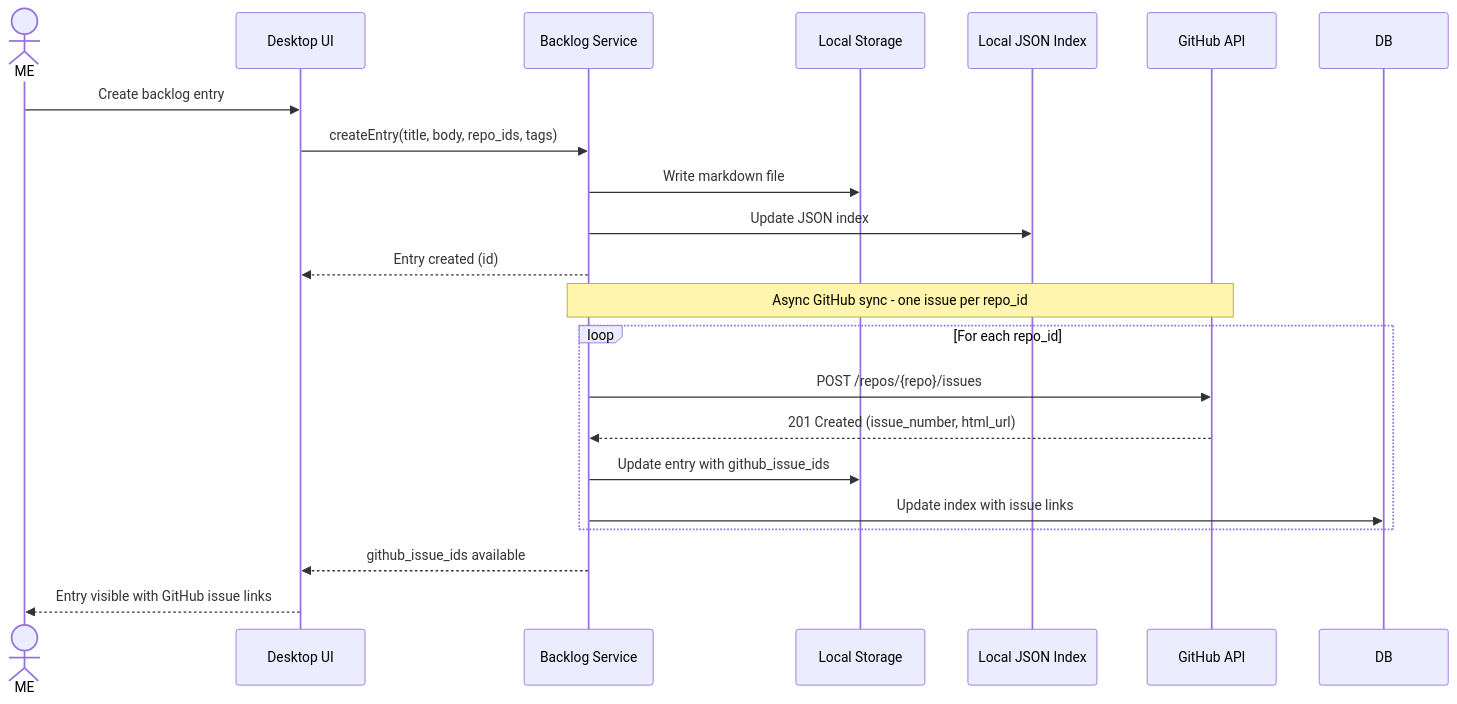
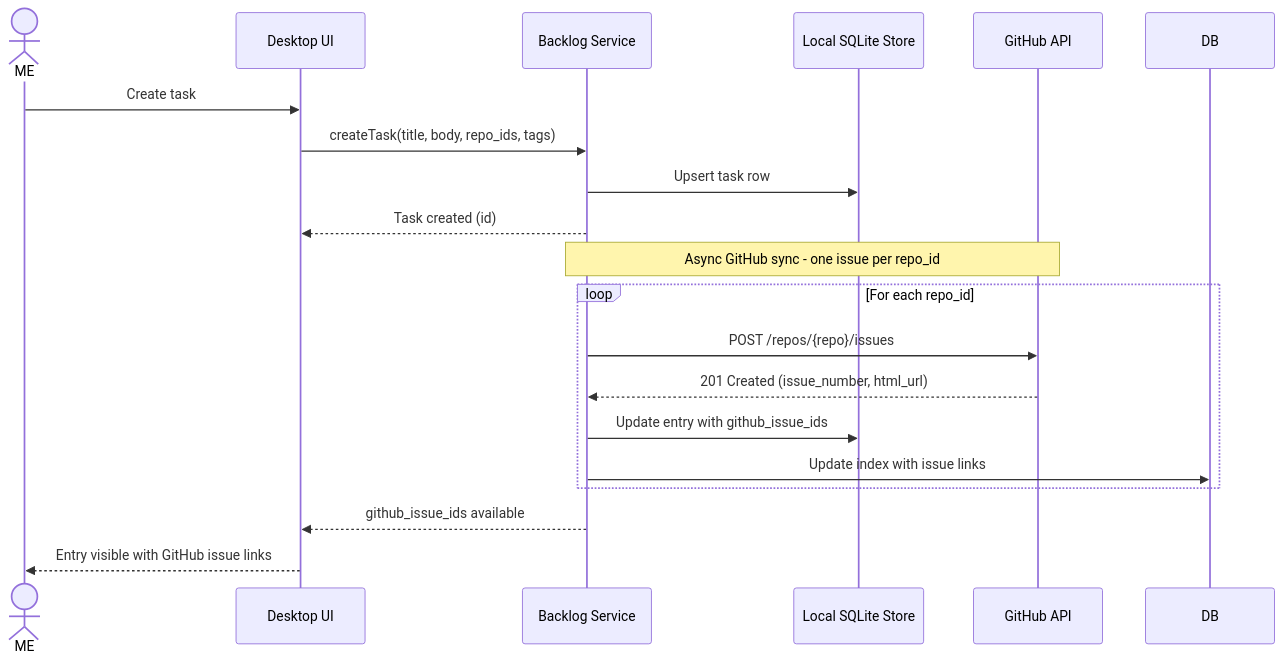
Before and after one commit to JSdotNet/Backlog: the first of 8 diagrams in .arc42/06-runtime-view.md, drawn with Mermaid. The commit also changed 14 other files, not shown here.

````diff
--- a/.arc42/06-runtime-view.md
+++ b/.arc42/06-runtime-view.md
@@ -21,26 +21,24 @@
 ```mermaid
 sequenceDiagram
     actor ME
     participant UI as Desktop UI
     participant Backlog as Backlog Service
-    participant Store as Local Storage
-    participant Index as Local JSON Index
+    participant Store as Local SQLite Store
     participant GitHub as GitHub API
 
-    ME->>UI: Create backlog entry
-    UI->>Backlog: createEntry(title, body, repo_ids, tags)
-    Backlog->>Store: Write markdown file
-    Backlog->>Index: Update JSON index
-    Backlog-->>UI: Entry created (id)
+    ME->>UI: Create task
+    UI->>Backlog: createTask(title, body, repo_ids, tags)
+    Backlog->>Store: Upsert task row
+    Backlog-->>UI: Task created (id)
 
     Note over Backlog,GitHub: Async GitHub sync - one issue per repo_id
     loop For each repo_id
         Backlog->>GitHub: POST /repos/{repo}/issues
         GitHub-->>Backlog: 201 Created (issue_number, html_url)
         Backlog->>Store: Update entry with github_issue_ids
         Backlog->>DB: Update index with issue links
     end
 
     Backlog-->>UI: github_issue_ids available
     UI-->>ME: Entry visible with GitHub issue links
 ```
````
